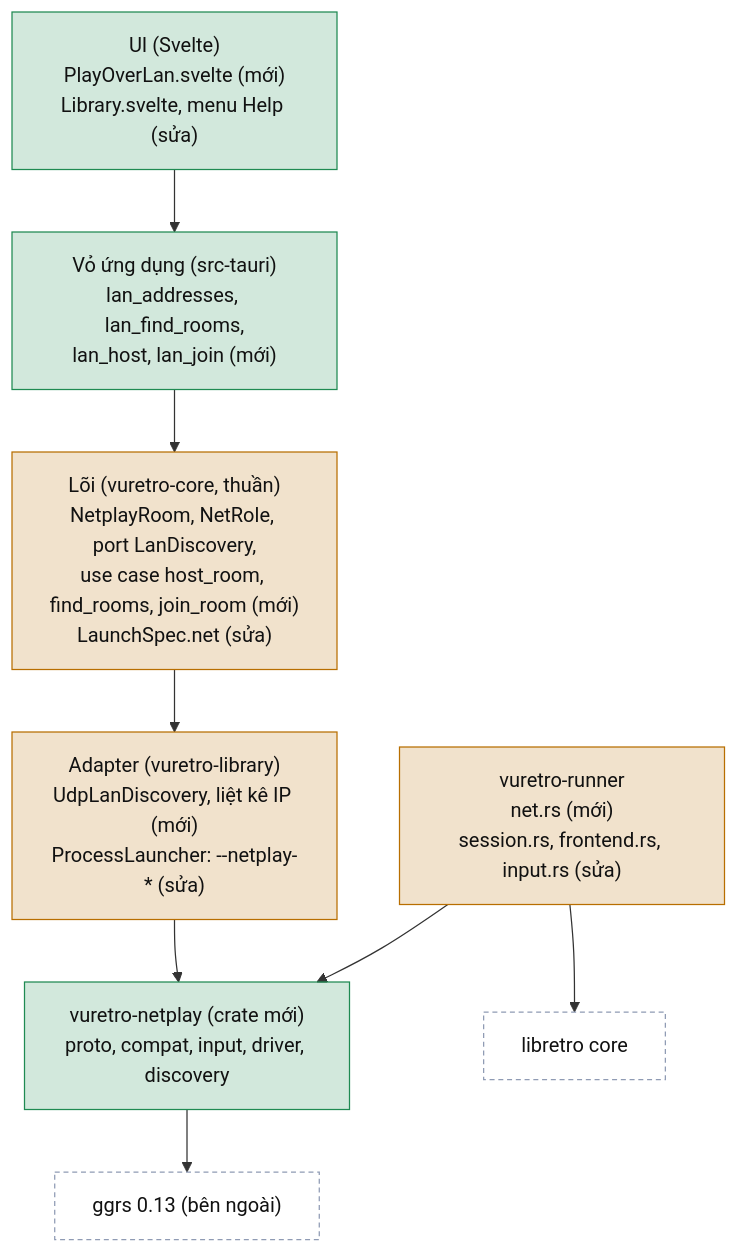
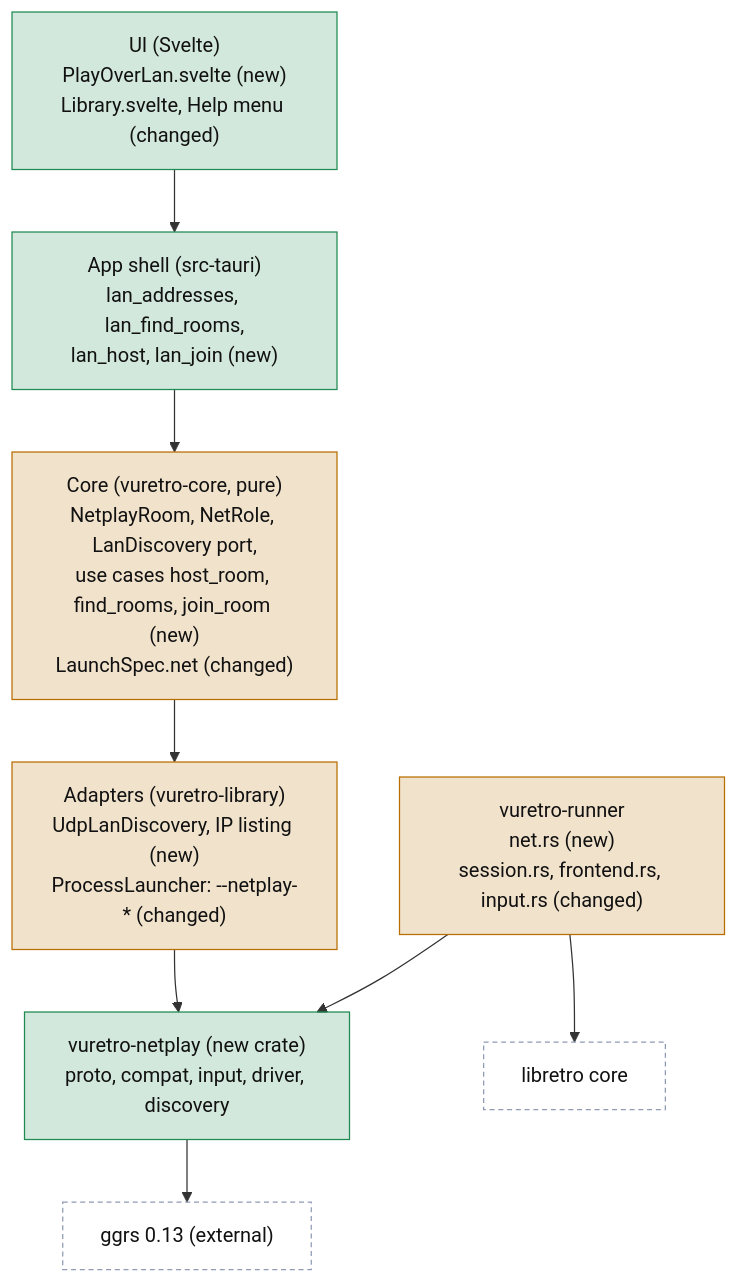
The second of 9 diagrams in docs/NETPLAY.md (vunguyenvu35/vuretro), drawn with Mermaid before and after one commit. The commit also changed other lines of this file, not shown here.

Commit message:
Docs: translate NETPLAY.md to English

````diff
--- a/docs/NETPLAY.md
+++ b/docs/NETPLAY.md
@@ -93,20 +93,20 @@
 ```mermaid
 flowchart TB
   classDef new fill:#1f8a5233,stroke:#1f8a52,color:#111
   classDef chg fill:#b86e0033,stroke:#b86e00,color:#111
   classDef old fill:#ffffff,stroke:#8f9bb4,stroke-dasharray:4 3,color:#111
 
-  UI["UI (Svelte)<br/>PlayOverLan.svelte (mới)<br/>Library.svelte, menu Help (sửa)"]:::new
-  SHELL["Vỏ ứng dụng (src-tauri)<br/>lan_addresses, lan_find_rooms,<br/>lan_host, lan_join (mới)"]:::new
-  CORE["Lõi (vuretro-core, thuần)<br/>NetplayRoom, NetRole, port LanDiscovery,<br/>use case host_room, find_rooms, join_room (mới)<br/>LaunchSpec.net (sửa)"]:::chg
-  LIB["Adapter (vuretro-library)<br/>UdpLanDiscovery, liệt kê IP (mới)<br/>ProcessLauncher: --netplay-* (sửa)"]:::chg
-  RUN["vuretro-runner<br/>net.rs (mới)<br/>session.rs, frontend.rs, input.rs (sửa)"]:::chg
-  NP["vuretro-netplay (crate mới)<br/>proto, compat, input, driver, discovery"]:::new
-  GGRS["ggrs 0.13 (bên ngoài)"]:::old
+  UI["UI (Svelte)<br/>PlayOverLan.svelte (new)<br/>Library.svelte, Help menu (changed)"]:::new
+  SHELL["App shell (src-tauri)<br/>lan_addresses, lan_find_rooms,<br/>lan_host, lan_join (new)"]:::new
+  CORE["Core (vuretro-core, pure)<br/>NetplayRoom, NetRole, LanDiscovery port,<br/>use cases host_room, find_rooms, join_room (new)<br/>LaunchSpec.net (changed)"]:::chg
+  LIB["Adapters (vuretro-library)<br/>UdpLanDiscovery, IP listing (new)<br/>ProcessLauncher: --netplay-* (changed)"]:::chg
+  RUN["vuretro-runner<br/>net.rs (new)<br/>session.rs, frontend.rs, input.rs (changed)"]:::chg
+  NP["vuretro-netplay (new crate)<br/>proto, compat, input, driver, discovery"]:::new
+  GGRS["ggrs 0.13 (external)"]:::old
   LC["libretro core"]:::old
 
   UI --> SHELL --> CORE --> LIB
   LIB --> NP
   RUN --> NP --> GGRS
   RUN --> LC
 ```
````
